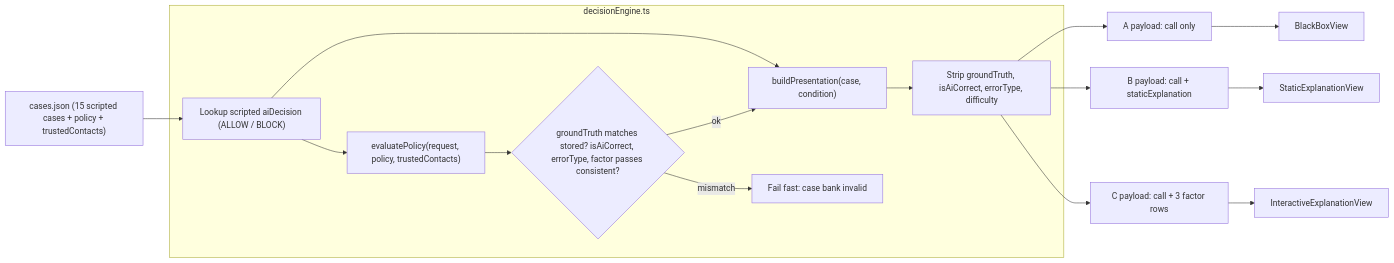
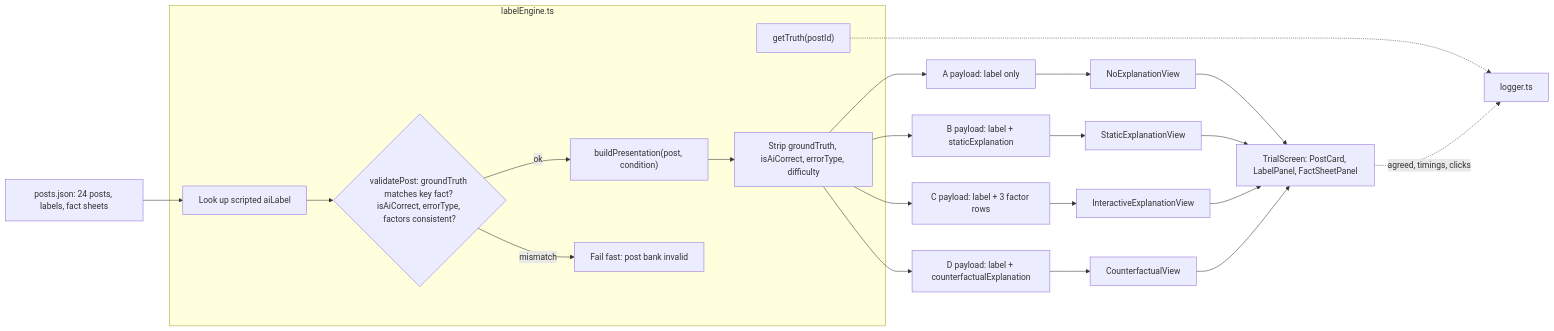
One commit to bibekgupta3333/HCI changed the first of 4 diagrams in docs/ai-design.md. Above: the diagram before and after it, drawn with Mermaid. The commit also changed other lines of this file and 27 other files, not shown here.

````diff
--- a/docs/ai-design.md
+++ b/docs/ai-design.md
@@ -24,22 +26,29 @@
 ```mermaid
 flowchart LR
-    CB["cases.json (15 scripted cases + policy + trustedContacts)"] --> LOOK
-    subgraph ENGINE["decisionEngine.ts"]
-        LOOK["Lookup scripted aiDecision (ALLOW / BLOCK)"]
-        RULES["evaluatePolicy(request, policy, trustedContacts)"]
-        VAL{"groundTruth matches stored? isAiCorrect, errorType, factor passes consistent?"}
-        BUILD["buildPresentation(case, condition)"]
+    PJ["posts.json: 24 posts, labels, fact sheets"] --> LOOK
+    subgraph ENGINE["labelEngine.ts"]
+        VAL{"validatePost: groundTruth matches key fact? isAiCorrect, errorType, factors consistent?"}
+        LOOK["Look up scripted aiLabel"]
+        BUILD["buildPresentation(post, condition)"]
         STRIP["Strip groundTruth, isAiCorrect, errorType, difficulty"]
-        LOOK --> BUILD
-        LOOK --> RULES --> VAL
-        VAL -- "mismatch" --> ERR["Fail fast: case bank invalid"]
+        TRUTH["getTruth(postId)"]
+        LOOK --> VAL
+        VAL -- "mismatch" --> ERR["Fail fast: post bank invalid"]
         VAL -- "ok" --> BUILD
         BUILD --> STRIP
     end
-    STRIP --> PA["A payload: call only"]
-    STRIP --> PB["B payload: call + staticExplanation"]
-    STRIP --> PC["C payload: call + 3 factor rows"]
-    PA --> VA["BlackBoxView"]
+    STRIP --> PA["A payload: label only"]
+    STRIP --> PB["B payload: label + staticExplanation"]
+    STRIP --> PC["C payload: label + 3 factor rows"]
+    STRIP --> PD["D payload: label + counterfactualExplanation"]
+    PA --> VA["NoExplanationView"]
     PB --> VB["StaticExplanationView"]
     PC --> VC["InteractiveExplanationView"]
+    PD --> VD["CounterfactualView"]
+    VA --> VIEW["TrialScreen: PostCard, LabelPanel, FactSheetPanel"]
+    VB --> VIEW
+    VC --> VIEW
+    VD --> VIEW
+    TRUTH -.-> LOG["logger.ts"]
+    VIEW -. "agreed, timings, clicks" .-> LOG
 ```
````
